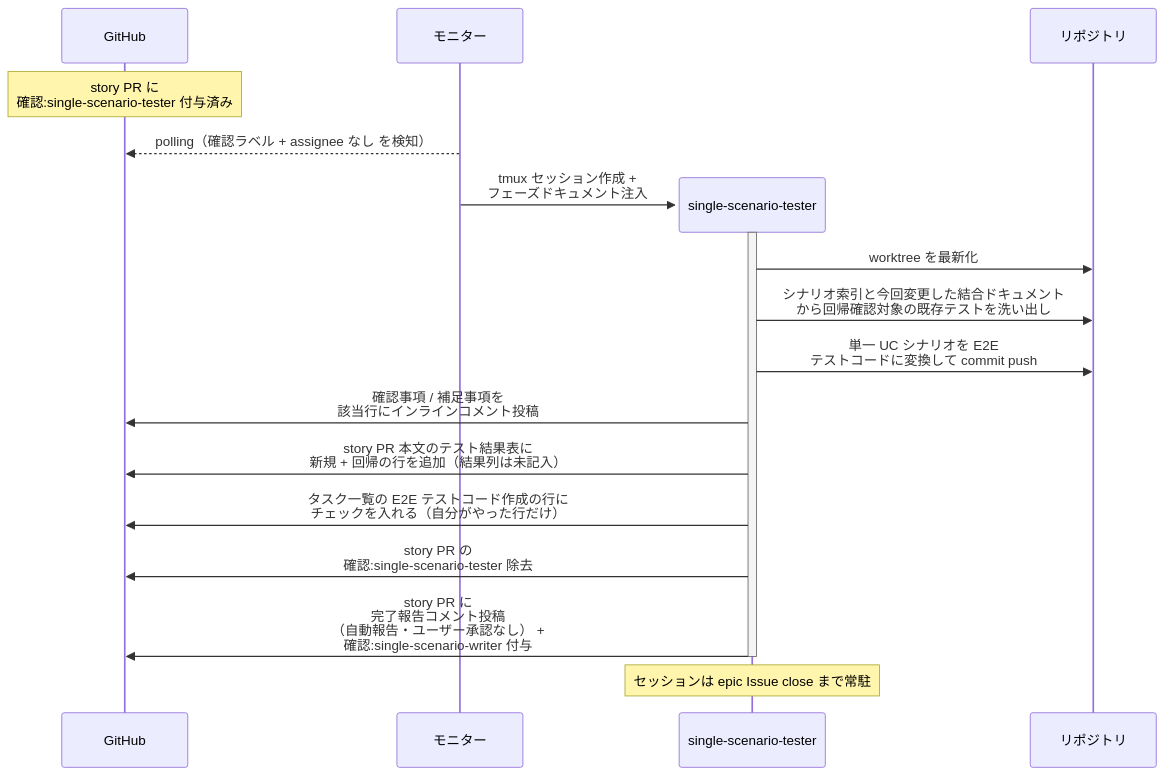
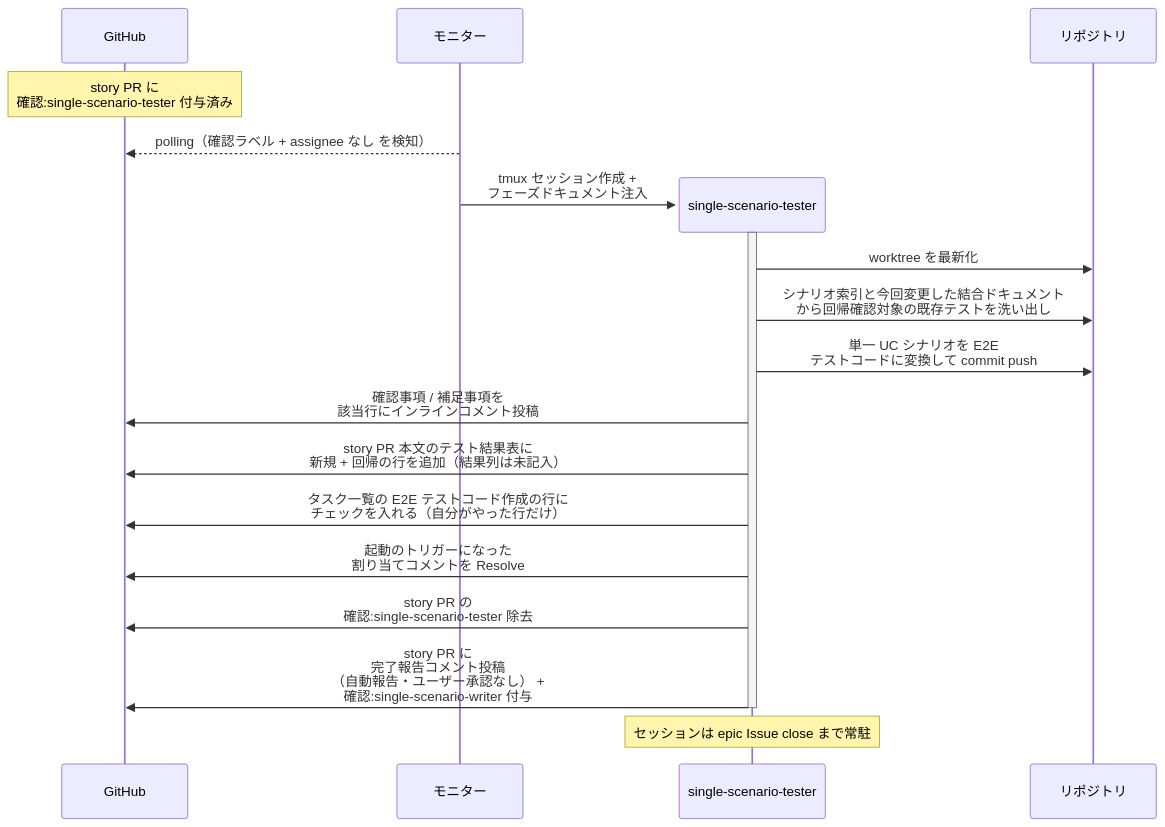
The first of 2 diagrams in docs/wiki/設計図/シナリオ/単一ユースケース/統合テスト実装.md (shuhei1101/ai-monitor), drawn with Mermaid before and after one commit. The commit also changed other lines of this file and 10 other files, not shown here.

````diff
--- a/docs/wiki/設計図/シナリオ/単一ユースケース/統合テスト実装.md
+++ b/docs/wiki/設計図/シナリオ/単一ユースケース/統合テスト実装.md
@@ -39,22 +39,23 @@
 ```mermaid
 sequenceDiagram
   participant GH as GitHub
   participant ORC as モニター
 
   Note over GH: story PR に<br>確認:single-scenario-tester 付与済み
   ORC-->>GH: polling（確認ラベル + assignee なし を検知）
   create participant MON as single-scenario-tester
   ORC->>MON: tmux セッション作成 +<br>フェーズドキュメント注入
   participant REPO as リポジトリ
   activate MON
   MON->>REPO: worktree を最新化
   MON->>REPO: シナリオ索引と今回変更した結合ドキュメント<br>から回帰確認対象の既存テストを洗い出し
   MON->>REPO: 単一 UC シナリオを E2E<br>テストコードに変換して commit push
   MON->>GH: 確認事項 / 補足事項を<br>該当行にインラインコメント投稿
   MON->>GH: story PR 本文のテスト結果表に<br>新規 + 回帰の行を追加（結果列は未記入）
   MON->>GH: タスク一覧の E2E テストコード作成の行に<br>チェックを入れる（自分がやった行だけ）
+  MON->>GH: 起動のトリガーになった<br>割り当てコメントを Resolve
   MON->>GH: story PR の<br>確認:single-scenario-tester 除去
   MON->>GH: story PR に<br>完了報告コメント投稿<br>（自動報告・ユーザー承認なし） +<br>確認:single-scenario-writer 付与
   deactivate MON
   Note over MON: セッションは epic Issue close まで常駐
 ```
````
